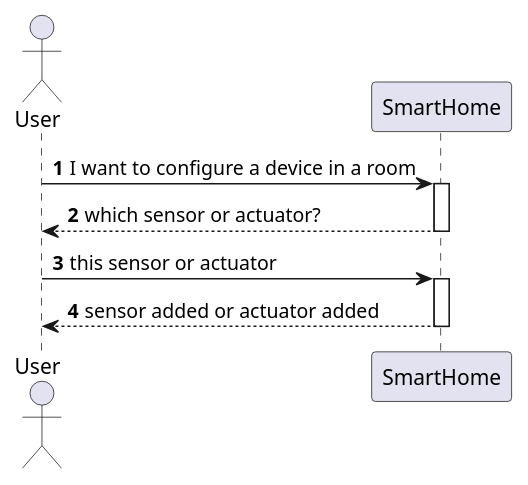
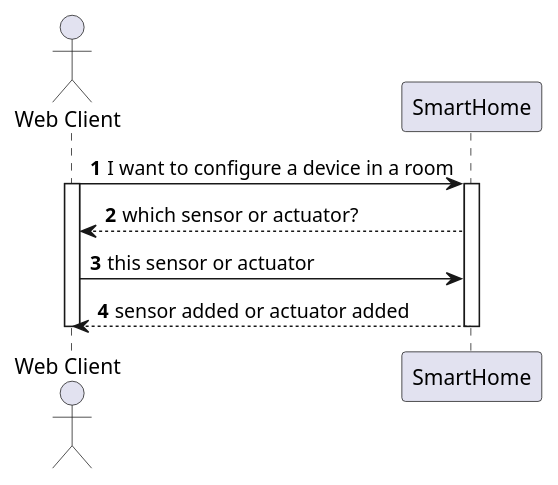
One commit to olivDiogo/SmartHome changed the diagram in docs/ooa/C4_4plus1_models/Level1/ProcessView/ProcessViewLevel1_UC20.puml. Above: the diagram before and after it, drawn with PlantUML. The commit also changed 5 other files, not shown here.

```diff
--- a/docs/ooa/C4_4plus1_models/Level1/ProcessView/ProcessViewLevel1_UC20.puml
+++ b/docs/ooa/C4_4plus1_models/Level1/ProcessView/ProcessViewLevel1_UC20.puml
@@ -1,27 +1,29 @@
 @startuml
 'https://plantuml.com/sequence-diagram
 !pragma layout smetana
 
 autonumber
 
-actor "User" as User
+actor "Web Client" as User
 
 participant "SmartHome" as SH
 
 User -> SH : I want to configure a device in a room
+activate User
 activate SH
 
 SH --> User : which sensor or actuator?
-deactivate SH
+
 
 User -> SH : this sensor or actuator
-activate SH
+
 
 SH --> User : sensor added or actuator added
+deactivate User
 deactivate SH
 
 
 
 
 
 @endumll
```
